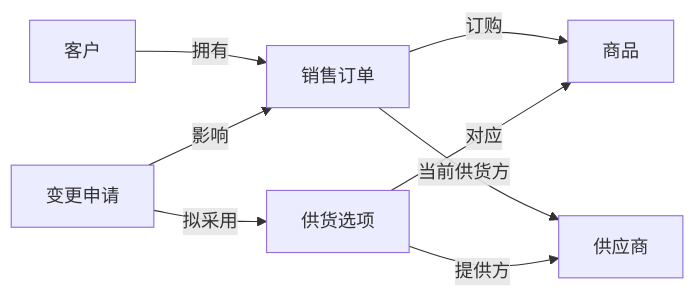
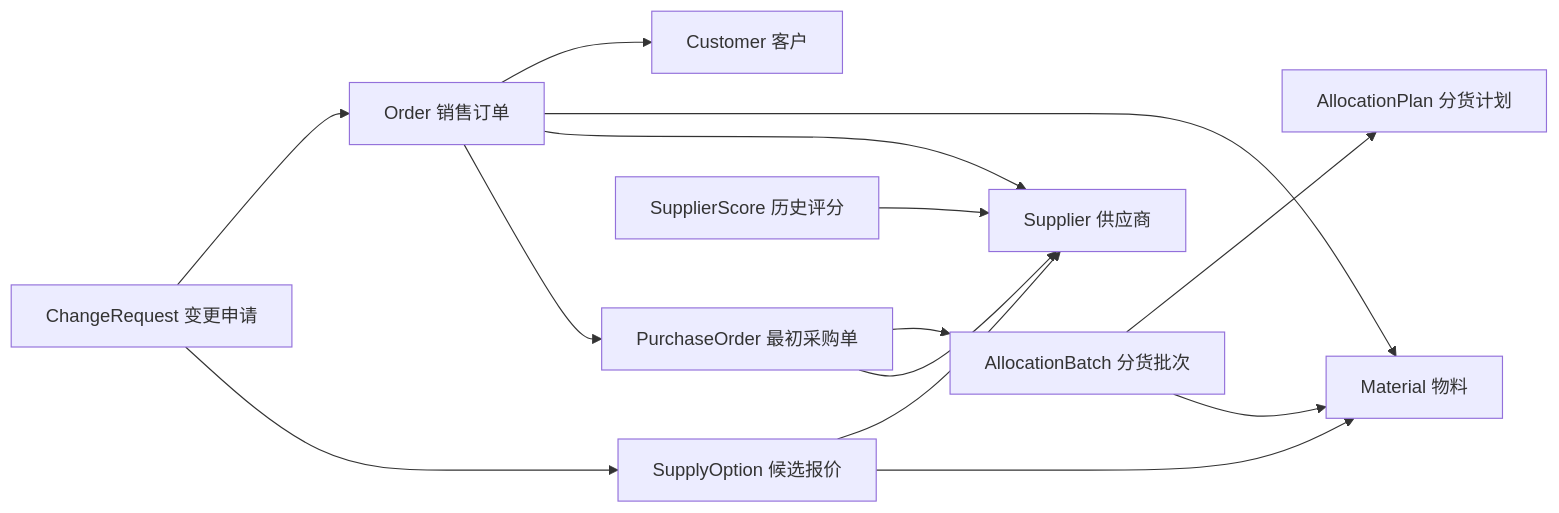
The diagram in Palantir本体论_入门介绍.md (singlesinglepenpenguin/ontology_study_demo), drawn with Mermaid before and after one commit. The commit also changed other lines of this file and 31 other files, not shown here.

````diff
--- a/Palantir本体论_入门介绍.md
+++ b/Palantir本体论_入门介绍.md
@@ -153,10 +175,16 @@
 ```mermaid
 flowchart LR
-    C[客户] -->|拥有| O[销售订单]
-    O -->|订购| P[商品]
-    O -->|当前供货方| S[供应商]
-    Q[供货选项] -->|提供方| S
-    Q -->|对应| P
-    R[变更申请] -->|影响| O
-    R -->|拟采用| Q
+    O[Order 销售订单] --> C[Customer 客户]
+    O --> M[Material 物料]
+    O --> S[Supplier 供应商]
+    O --> P[PurchaseOrder 最初采购单]
+    P --> B[AllocationBatch 分货批次]
+    B --> A[AllocationPlan 分货计划]
+    P --> S
+    B --> M
+    Q[SupplyOption 候选报价] --> S
+    Q --> M
+    T[SupplierScore 历史评分] --> S
+    R[ChangeRequest 变更申请] --> O
+    R --> Q
 ```
````
